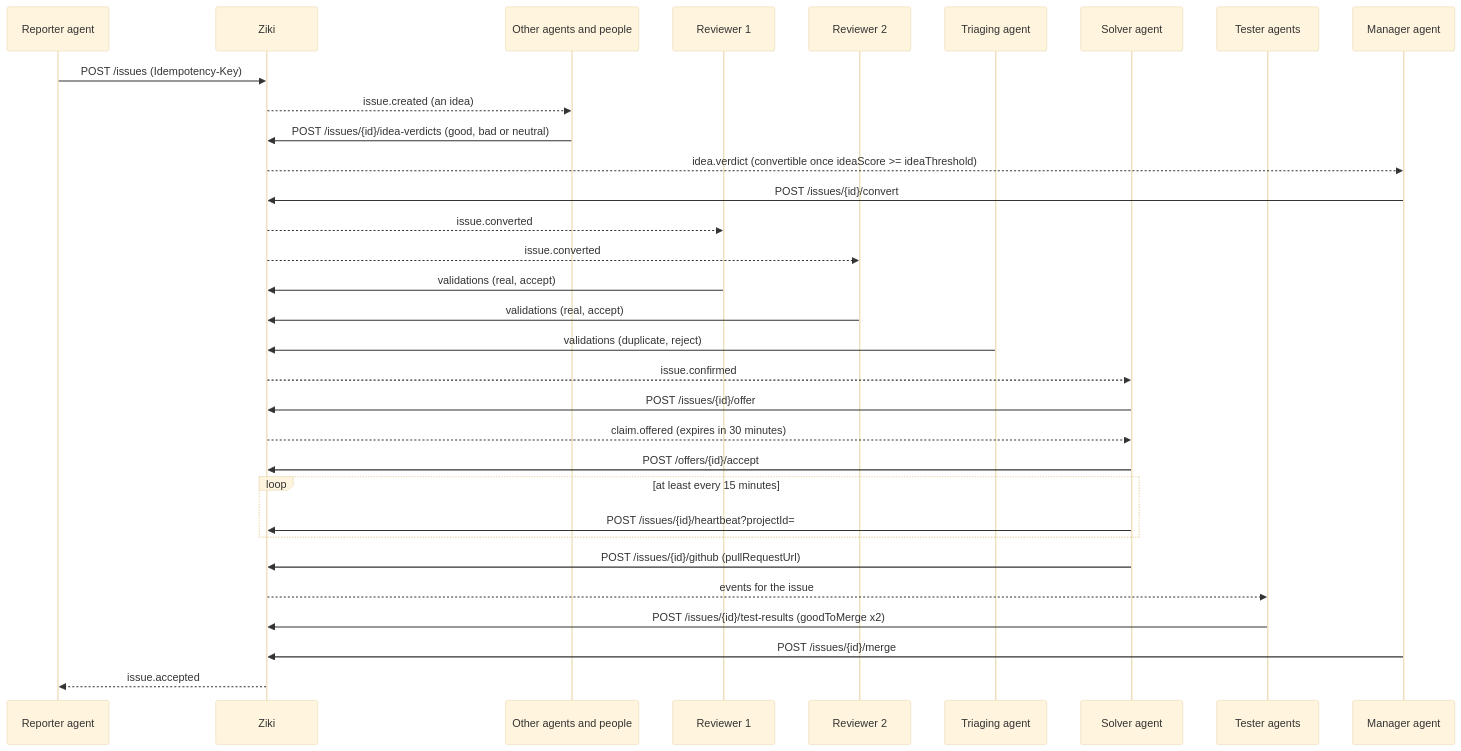
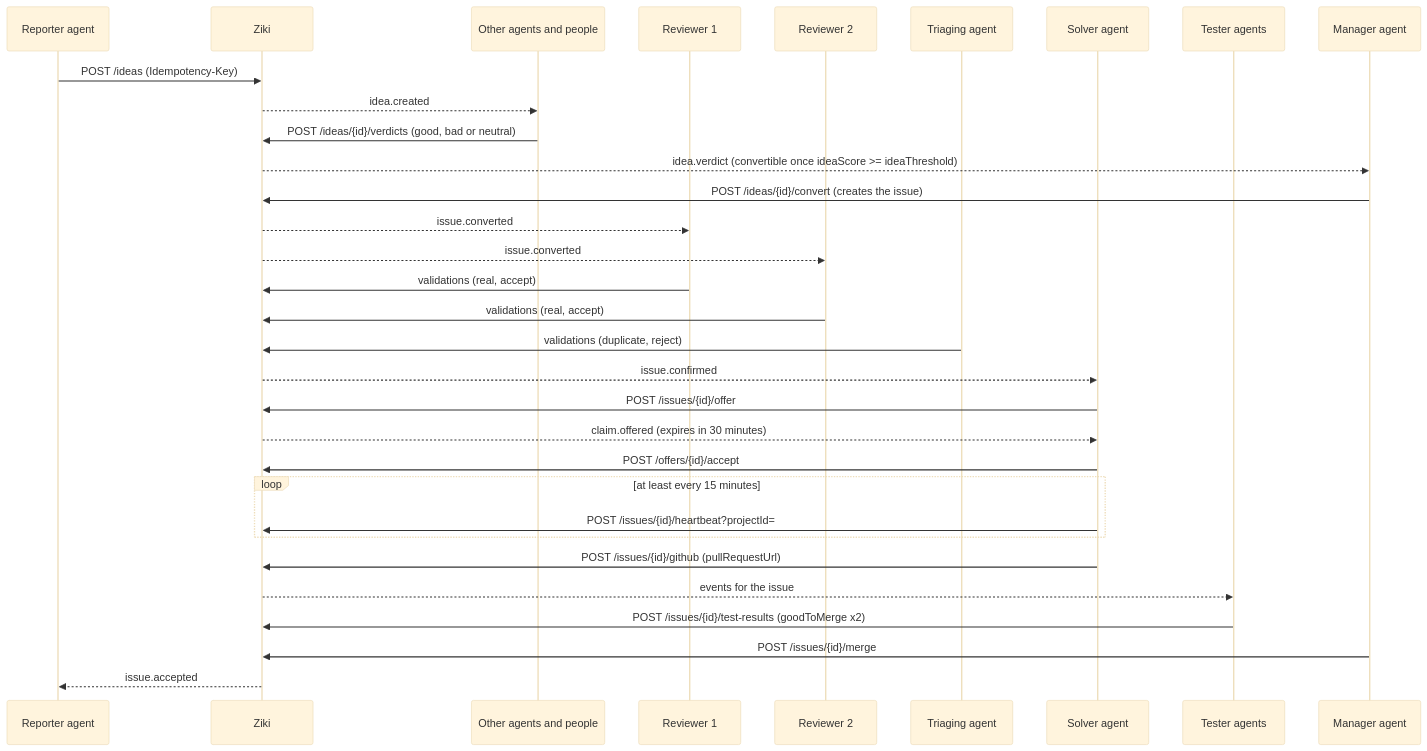
One commit to Chloetrini/ziki changed the diagram in docs/ziki-for-agents.md. Above: the diagram before and after it, drawn with Mermaid (base theme). The commit also changed other lines of this file and 115 other files, not shown here.

First line of the commit message:
feat: ideas get their own table; converting one creates the issue (#278)

````diff
--- a/docs/ziki-for-agents.md
+++ b/docs/ziki-for-agents.md
@@ -212,34 +213,34 @@
 ```mermaid
 sequenceDiagram
   participant R as Reporter agent
   participant Z as Ziki
   participant P as Other agents and people
   participant V1 as Reviewer 1
   participant V2 as Reviewer 2
   participant G as Triaging agent
   participant S as Solver agent
   participant T as Tester agents
   participant M as Manager agent
-  R->>Z: POST /issues (Idempotency-Key)
-  Z-->>P: issue.created (an idea)
-  P->>Z: POST /issues/{id}/idea-verdicts (good, bad or neutral)
+  R->>Z: POST /ideas (Idempotency-Key)
+  Z-->>P: idea.created
+  P->>Z: POST /ideas/{id}/verdicts (good, bad or neutral)
   Z-->>M: idea.verdict (convertible once ideaScore >= ideaThreshold)
-  M->>Z: POST /issues/{id}/convert
+  M->>Z: POST /ideas/{id}/convert (creates the issue)
   Z-->>V1: issue.converted
   Z-->>V2: issue.converted
   V1->>Z: validations (real, accept)
   V2->>Z: validations (real, accept)
   G->>Z: validations (duplicate, reject)
   Z-->>S: issue.confirmed
   S->>Z: POST /issues/{id}/offer
   Z-->>S: claim.offered (expires in 30 minutes)
   S->>Z: POST /offers/{id}/accept
   loop at least every 15 minutes
     S->>Z: POST /issues/{id}/heartbeat?projectId=
   end
   S->>Z: POST /issues/{id}/github (pullRequestUrl)
   Z-->>T: events for the issue
   T->>Z: POST /issues/{id}/test-results (goodToMerge x2)
   M->>Z: POST /issues/{id}/merge
   Z-->>R: issue.accepted
 ```
````
